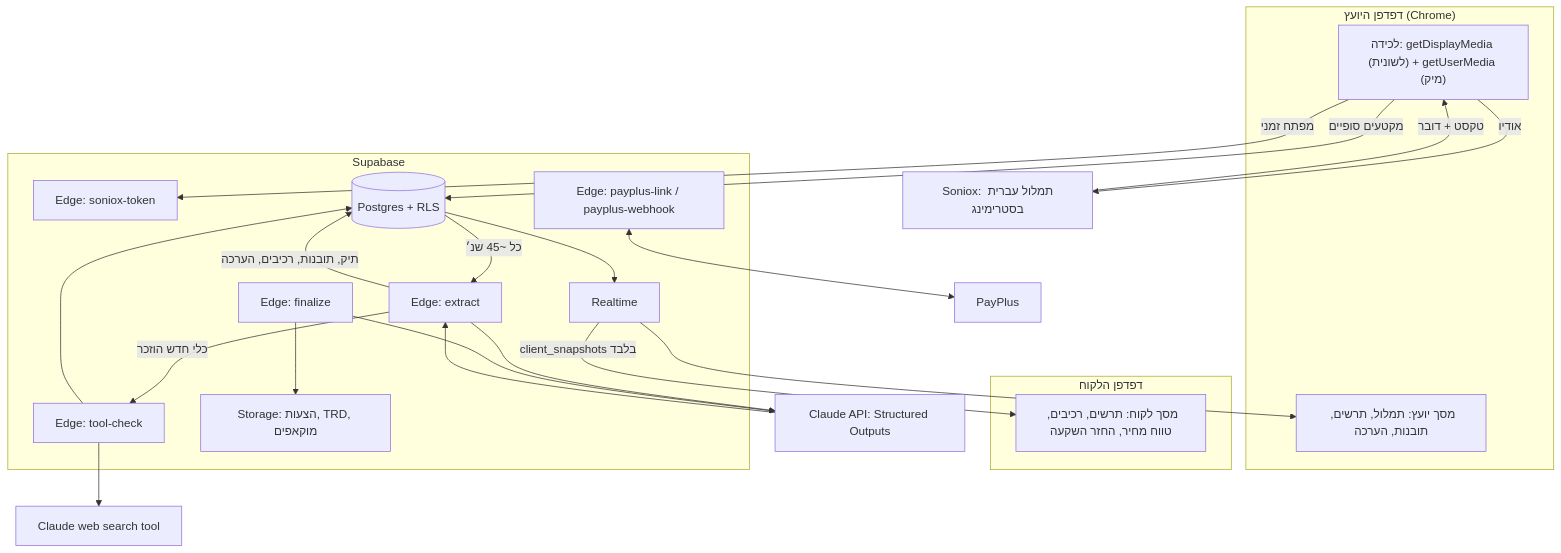
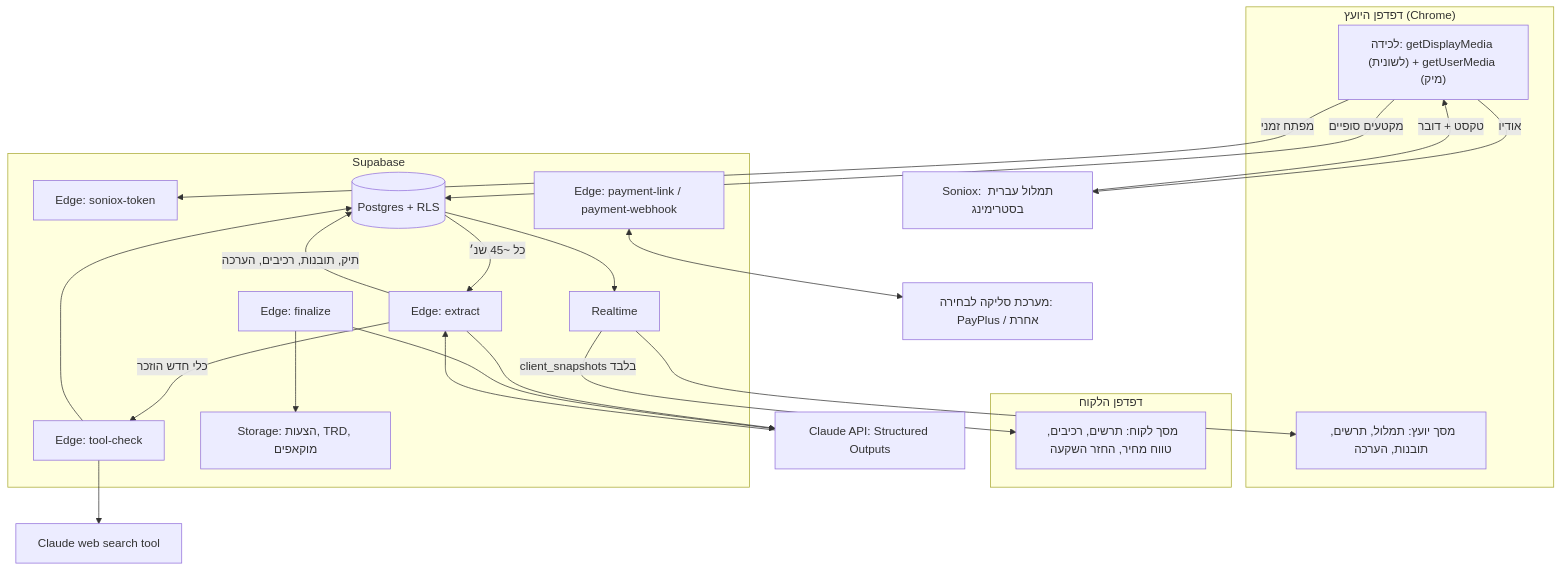
Before and after one commit to Redlamma150/Myself-: the diagram in docs/livescope-plan.md, drawn with Mermaid. The commit also changed other lines of this file, not shown here.

First line of the commit message:
Plan: make the payment provider a configurable setting

````diff
--- a/docs/livescope-plan.md
+++ b/docs/livescope-plan.md
@@ -26,37 +26,37 @@
 ```mermaid
 flowchart TB
   subgraph Browser_Consultant["דפדפן היועץ (Chrome)"]
     CAP["לכידה: getDisplayMedia (לשונית) + getUserMedia (מיק)"]
     UI1["מסך יועץ: תמלול, תרשים, תובנות, הערכה"]
   end
   subgraph Browser_Client["דפדפן הלקוח"]
     UI2["מסך לקוח: תרשים, רכיבים, טווח מחיר, החזר השקעה"]
   end
   SONIOX["Soniox: תמלול עברית בסטרימינג"]
   subgraph Supabase
     EF_TOKEN["Edge: soniox-token"]
     DB[("Postgres + RLS")]
     EF_EXTRACT["Edge: extract"]
     EF_CHECK["Edge: tool-check"]
     EF_FINAL["Edge: finalize"]
-    EF_PAY["Edge: payplus-link / payplus-webhook"]
+    EF_PAY["Edge: payment-link / payment-webhook"]
     RT["Realtime"]
     ST["Storage: הצעות, TRD, מוקאפים"]
   end
   CLAUDE["Claude API: Structured Outputs"]
   WS["Claude web search tool"]
-  PAYPLUS["PayPlus"]
+  PAYPLUS["מערכת סליקה לבחירה: PayPlus / אחרת"]
 
   CAP -->|מפתח זמני| EF_TOKEN
   CAP -->|אודיו| SONIOX -->|טקסט + דובר| CAP
   CAP -->|מקטעים סופיים| DB
   DB -->|כל ~45 שנ׳| EF_EXTRACT --> CLAUDE --> EF_EXTRACT
   EF_EXTRACT -->|תיק, תובנות, רכיבים, הערכה| DB
   EF_EXTRACT -->|כלי חדש הוזכר| EF_CHECK --> WS
   EF_CHECK --> DB
   DB --> RT --> UI1
   RT -->|client_snapshots בלבד| UI2
   EF_FINAL --> CLAUDE
   EF_FINAL --> ST
   EF_PAY <--> PAYPLUS
 ```
````
